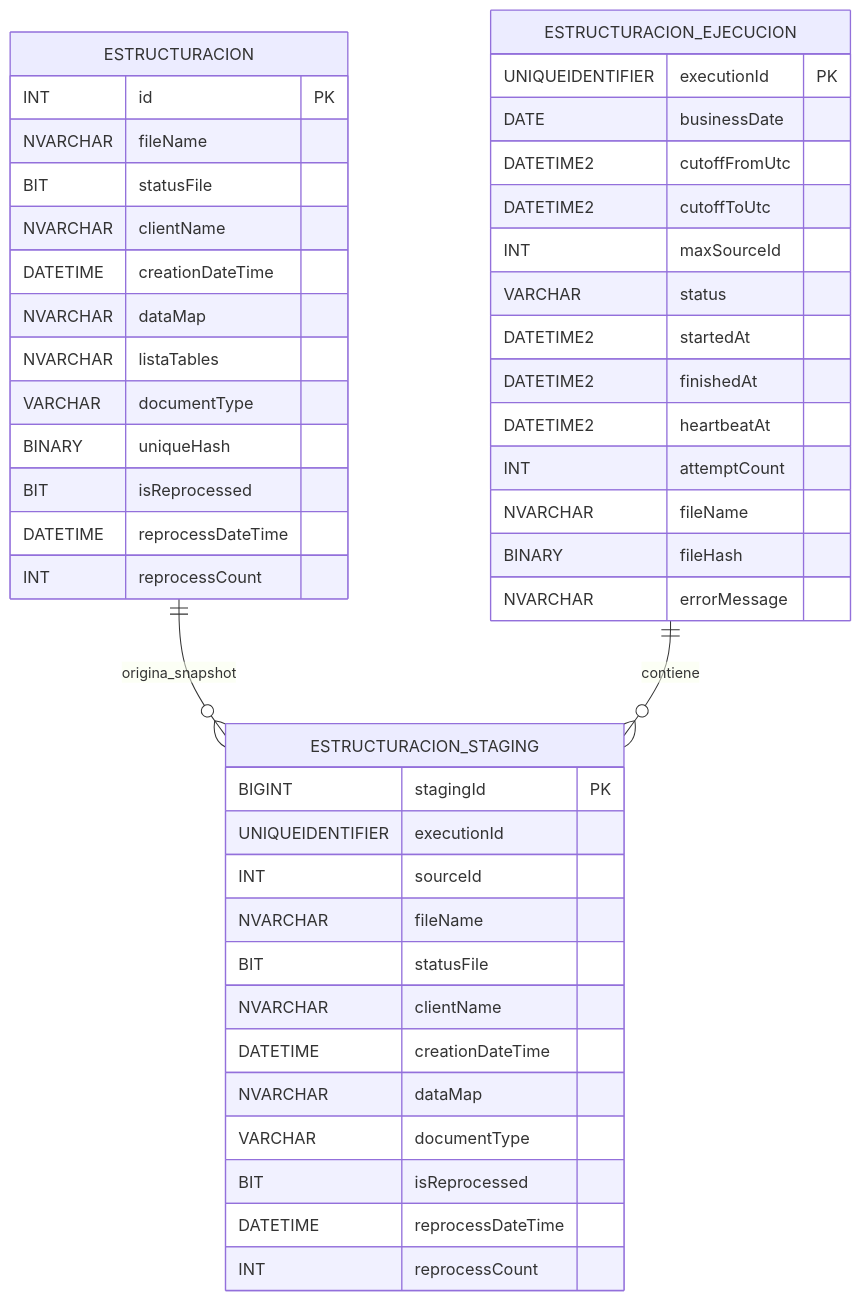
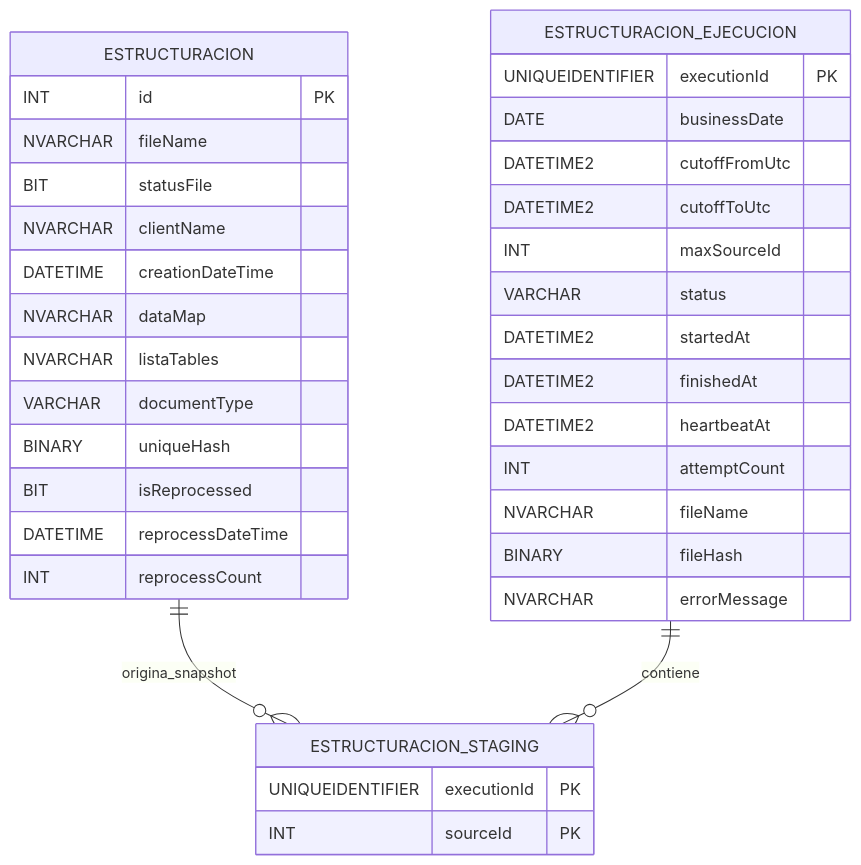
The first of 5 diagrams in arquitectura-generacion-archivo-plano-revisada.md (eme-dev/estructuracion-batch-function), drawn with Mermaid before and after one commit. The commit also changed other lines of this file and 4 other files, not shown here.

````diff
--- a/arquitectura-generacion-archivo-plano-revisada.md
+++ b/arquitectura-generacion-archivo-plano-revisada.md
@@ -383,51 +362,41 @@
 ```mermaid
 erDiagram
     ESTRUCTURACION ||--o{ ESTRUCTURACION_STAGING : origina_snapshot
     ESTRUCTURACION_EJECUCION ||--o{ ESTRUCTURACION_STAGING : contiene
 
     ESTRUCTURACION {
         INT id PK
         NVARCHAR fileName
         BIT statusFile
         NVARCHAR clientName
         DATETIME creationDateTime
         NVARCHAR dataMap
         NVARCHAR listaTables
         VARCHAR documentType
         BINARY uniqueHash
         BIT isReprocessed
         DATETIME reprocessDateTime
         INT reprocessCount
     }
 
     ESTRUCTURACION_EJECUCION {
         UNIQUEIDENTIFIER executionId PK
         DATE businessDate
         DATETIME2 cutoffFromUtc
         DATETIME2 cutoffToUtc
         INT maxSourceId
         VARCHAR status
         DATETIME2 startedAt
         DATETIME2 finishedAt
         DATETIME2 heartbeatAt
         INT attemptCount
         NVARCHAR fileName
         BINARY fileHash
         NVARCHAR errorMessage
     }
 
     ESTRUCTURACION_STAGING {
-        BIGINT stagingId PK
-        UNIQUEIDENTIFIER executionId
-        INT sourceId
-        NVARCHAR fileName
-        BIT statusFile
-        NVARCHAR clientName
-        DATETIME creationDateTime
-        NVARCHAR dataMap
-        VARCHAR documentType
-        BIT isReprocessed
-        DATETIME reprocessDateTime
-        INT reprocessCount
+        UNIQUEIDENTIFIER executionId PK
+        INT sourceId PK
     }
 ```
````
